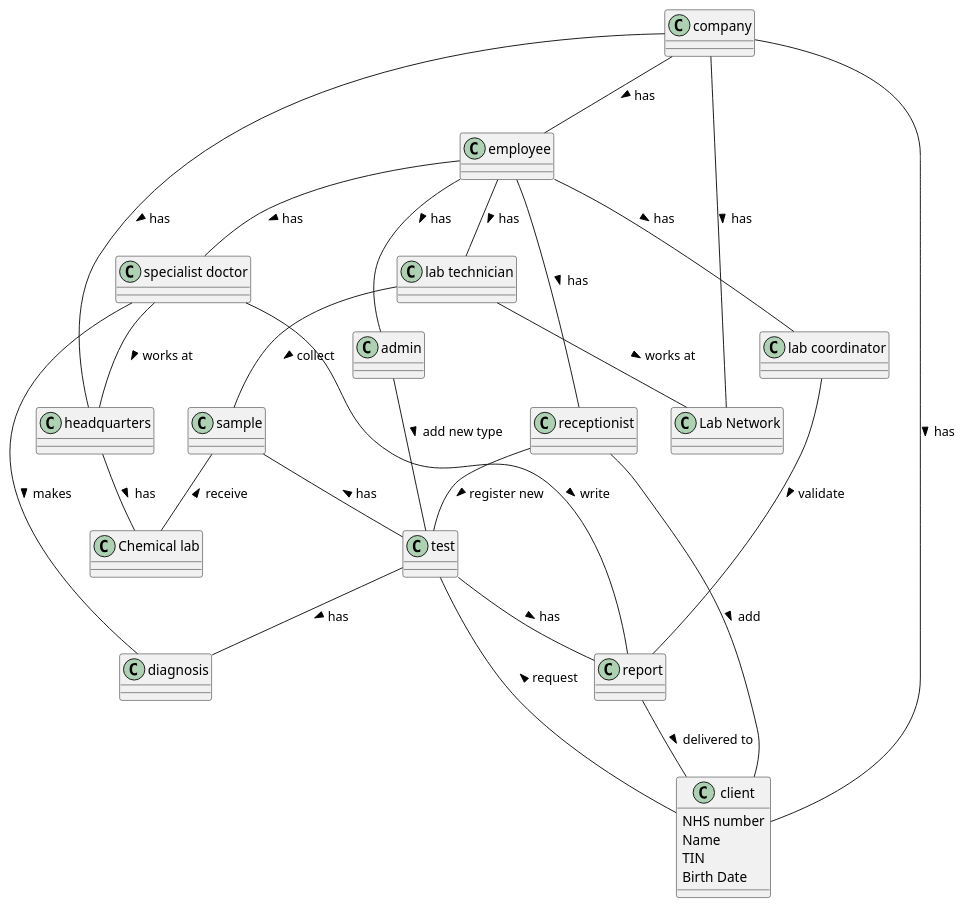
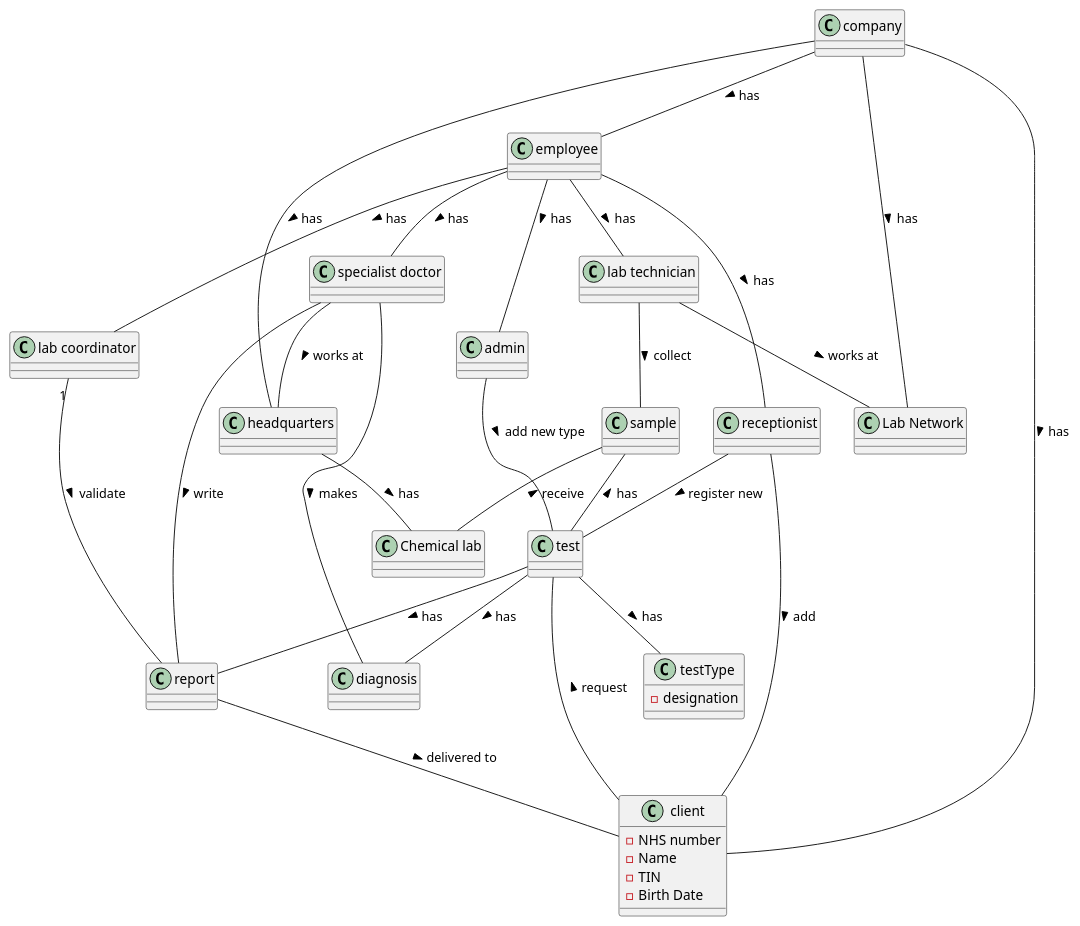
Before and after one commit to GuilhermeCunha79/lapr2: the diagram in docs/SprintA/Domain Model Diagram.puml, drawn with PlantUML. The commit also changed 3 other files, not shown here.

Commit message:
Pequenas correções no Glossário & FURPS. +TypeTest no DM & UML

```diff
--- a/docs/SprintA/Domain Model Diagram.puml
+++ b/docs/SprintA/Domain Model Diagram.puml
@@ -1,38 +1,42 @@
 @startuml
 'https://plantuml.com/sequence-diagram
 
 company -- employee : > has
 company -- client : > has
 company -- "Lab Network" : > has
 "lab technician" -- "Lab Network" : > works at
 receptionist -- test : > register new
 employee -- "lab technician" : > has
 employee -- receptionist : > has
 headquarters -- "Chemical lab" : > has
 company -- headquarters : > has
 receptionist -- client : > add
 employee -- "lab coordinator" : > has
 employee -- admin : > has
 employee -- "specialist doctor" : > has
 admin -- test : > add new type
 test -- report : > has
 test -- diagnosis : > has
+test -- testType : > has
 "lab technician" -- sample : > collect
 sample -- test : < has
 "specialist doctor" -- diagnosis : > makes
 "specialist doctor" -- report : > write
 "specialist doctor" -- headquarters : > works at
 report -- client : > delivered to
 sample -- "Chemical lab" : < receive
-"lab coordinator" -- report : > validate
+"lab coordinator""1" -- report : > validate
 client -- test : > request
 
 class client{
-NHS number
-Name
-TIN
-Birth Date
+-NHS number
+-Name
+-TIN
+-Birth Date
+}
 
+class testType{
+-designation
 }
 
 @enduml
```
